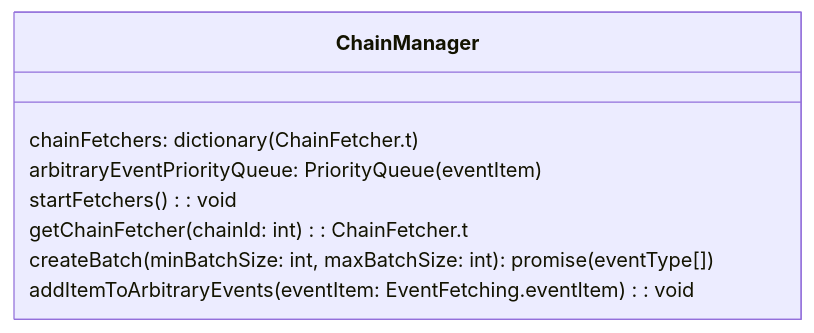
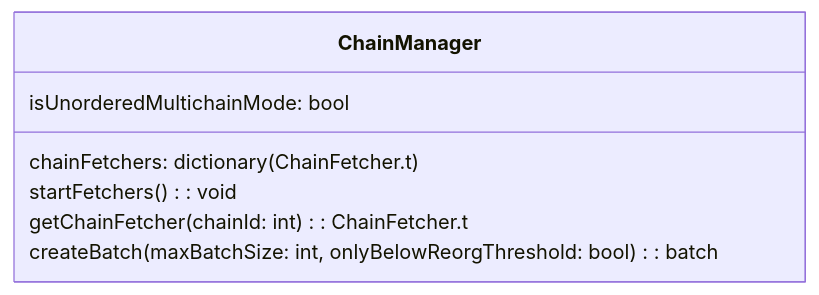
The first of 3 diagrams in internal_docs/EventFetchers.md (enviodev/hyperindex), drawn with Mermaid before and after one commit. The commit also changed other lines of this file and 3 other files, not shown here.

````diff
--- a/internal_docs/EventFetchers.md
+++ b/internal_docs/EventFetchers.md
@@ -7,12 +7,11 @@
 ```mermaid
 classDiagram
   class ChainManager {
     chainFetchers: dictionary(ChainFetcher.t)
-    arbitraryEventPriorityQueue: PriorityQueue(eventItem)
+    isUnorderedMultichainMode: bool
 
     startFetchers(): void
     getChainFetcher(chainId: int): ChainFetcher.t
-    createBatch(minBatchSize: int, maxBatchSize: int): promise(eventType[])
-    addItemToArbitraryEvents(eventItem: EventFetching.eventItem): void
+    createBatch(maxBatchSize: int, onlyBelowReorgThreshold: bool): batch
   }
 ```
````
